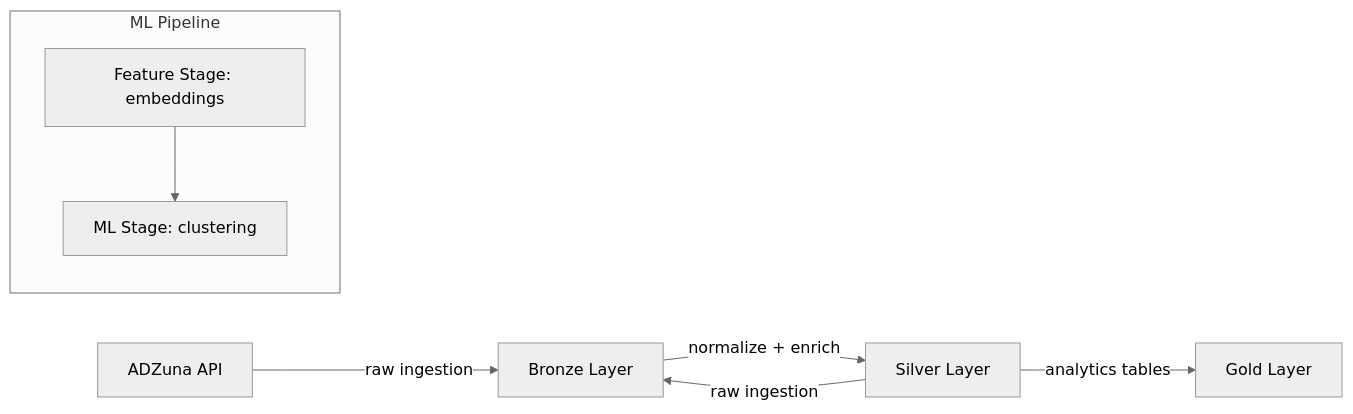
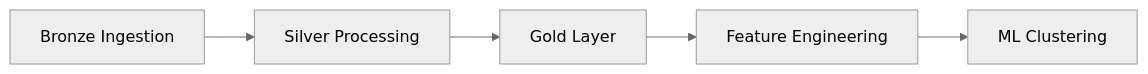
The second of 2 diagrams in README.md (ScriptFizz/Real-Time-Job-Market-Intelligence-Platform), drawn with Mermaid (neutral theme) before and after one commit. The commit also changed other lines of this file and 8 other files, not shown here.

````diff
--- a/README.md
+++ b/README.md
@@ -48,11 +159,7 @@
 ```mermaid
 flowchart LR
-    A[ADZuna API] -->|raw ingestion| B[Bronze Layer]
-    C[USAJobs API] -->|raw ingestion| B
-    B -->|normalize + enrich| C[Silver Layer]
-    C -->|analytics tables| D[Gold Layer]
-
-    subgraph ML Pipeline
-        E[Feature Stage: embeddings] --> F[ML Stage: clustering]
-    end
+    A[Bronze Ingestion] --> B[Silver Processing]
+    B --> C[Gold Layer]
+    C --> D[Feature Engineering]
+    D --> E[ML Clustering]
 ```
````
